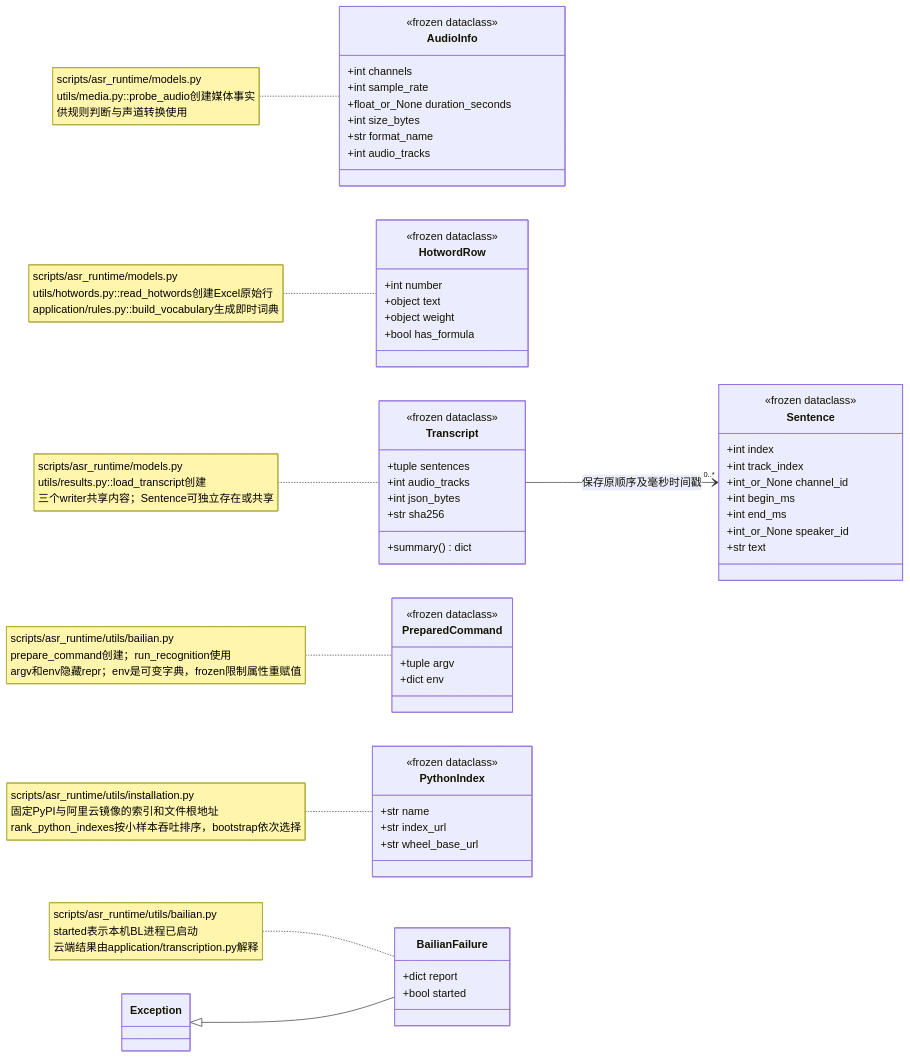
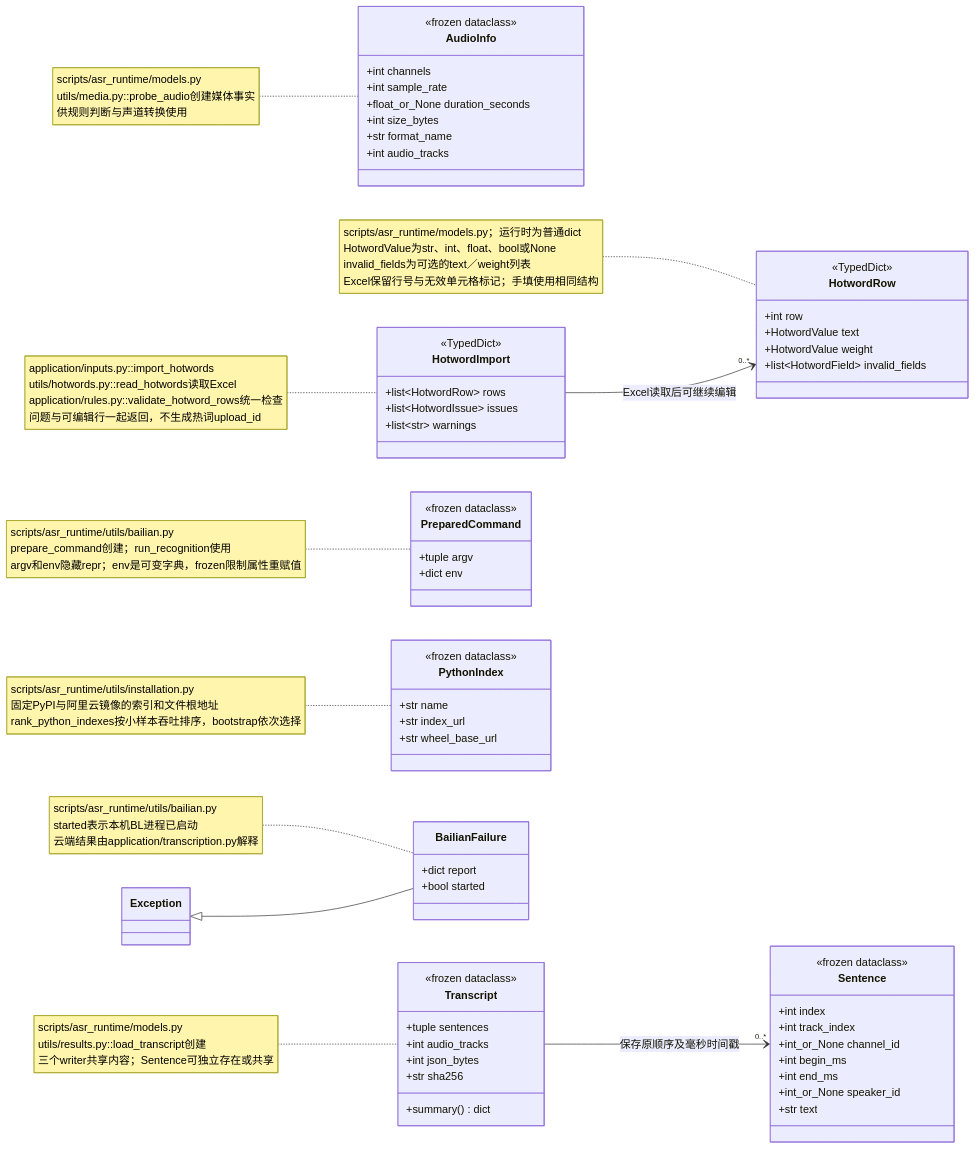
Before and after one commit to hx101700/asr-agent: the diagram in doc/uml/01b-data.mmd, drawn with Mermaid. The commit also changed 64 other files, not shown here.

```diff
--- a/doc/uml/01b-data.mmd
+++ b/doc/uml/01b-data.mmd
@@ -1,60 +1,68 @@
 classDiagram
 direction LR
 class AudioInfo {
   <<frozen dataclass>>
   +int channels
   +int sample_rate
   +float_or_None duration_seconds
   +int size_bytes
   +str format_name
   +int audio_tracks
 }
 class HotwordRow {
-  <<frozen dataclass>>
-  +int number
-  +object text
-  +object weight
-  +bool has_formula
+  <<TypedDict>>
+  +int row
+  +HotwordValue text
+  +HotwordValue weight
+  +list~HotwordField~ invalid_fields
+}
+class HotwordImport {
+  <<TypedDict>>
+  +list~HotwordRow~ rows
+  +list~HotwordIssue~ issues
+  +list~str~ warnings
 }
 class Transcript {
   <<frozen dataclass>>
   +tuple sentences
   +int audio_tracks
   +int json_bytes
   +str sha256
   +summary() dict
 }
 class Sentence {
   <<frozen dataclass>>
   +int index
   +int track_index
   +int_or_None channel_id
   +int begin_ms
   +int end_ms
   +int_or_None speaker_id
   +str text
 }
 class PreparedCommand {
   <<frozen dataclass>>
   +tuple argv
   +dict env
 }
 class PythonIndex {
   <<frozen dataclass>>
   +str name
   +str index_url
   +str wheel_base_url
 }
 class BailianFailure {
   +dict report
   +bool started
 }
 class Exception
 Transcript --> "0..*" Sentence : 保存原顺序及毫秒时间戳
+HotwordImport --> "0..*" HotwordRow : Excel读取后可继续编辑
 Exception <|-- BailianFailure
 note for AudioInfo "scripts/asr_runtime/models.py<br/>utils/media.py::probe_audio创建媒体事实<br/>供规则判断与声道转换使用"
-note for HotwordRow "scripts/asr_runtime/models.py<br/>utils/hotwords.py::read_hotwords创建Excel原始行<br/>application/rules.py::build_vocabulary生成即时词典"
+note for HotwordRow "scripts/asr_runtime/models.py；运行时为普通dict<br/>HotwordValue为str、int、float、bool或None<br/>invalid_fields为可选的text／weight列表<br/>Excel保留行号与无效单元格标记；手填使用相同结构"
+note for HotwordImport "application/inputs.py::import_hotwords<br/>utils/hotwords.py::read_hotwords读取Excel<br/>application/rules.py::validate_hotword_rows统一检查<br/>问题与可编辑行一起返回，不生成热词upload_id"
 note for Transcript "scripts/asr_runtime/models.py<br/>utils/results.py::load_transcript创建<br/>三个writer共享内容；Sentence可独立存在或共享"
 note for PreparedCommand "scripts/asr_runtime/utils/bailian.py<br/>prepare_command创建；run_recognition使用<br/>argv和env隐藏repr；env是可变字典，frozen限制属性重赋值"
 note for PythonIndex "scripts/asr_runtime/utils/installation.py<br/>固定PyPI与阿里云镜像的索引和文件根地址<br/>rank_python_indexes按小样本吞吐排序，bootstrap依次选择"
 note for BailianFailure "scripts/asr_runtime/utils/bailian.py<br/>started表示本机BL进程已启动<br/>云端结果由application/transcription.py解释"
```
